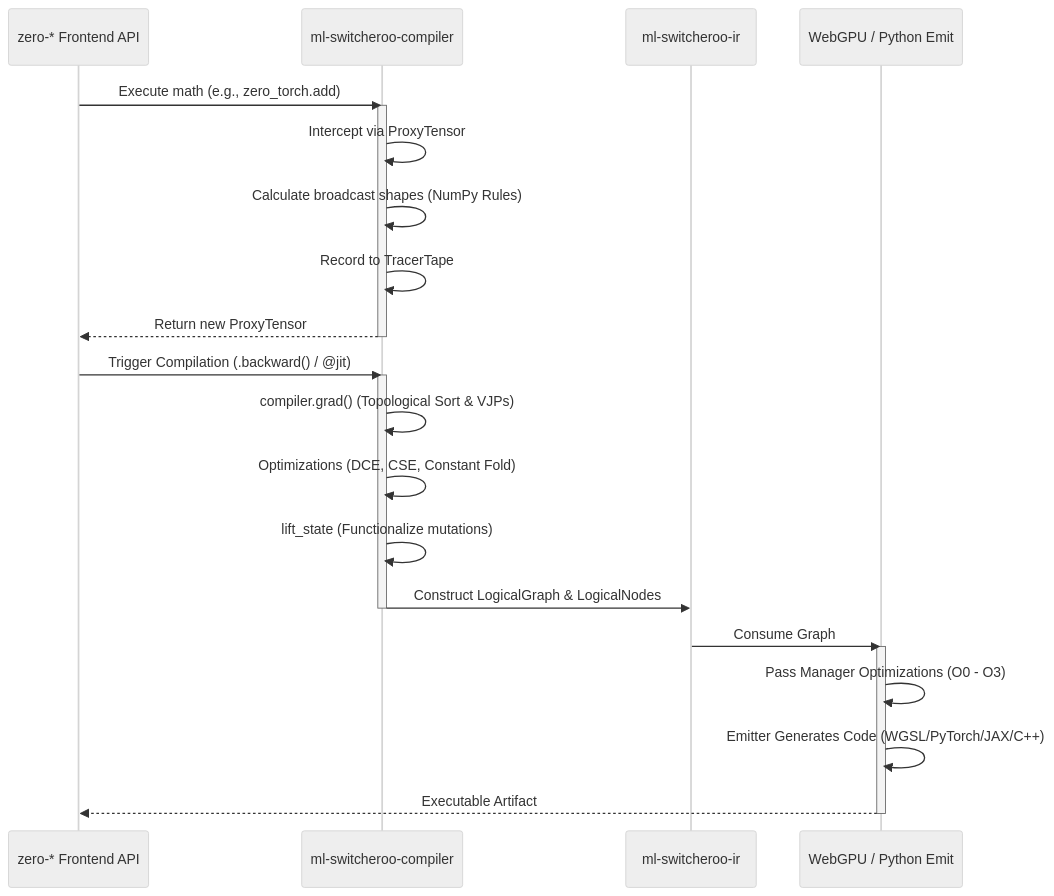
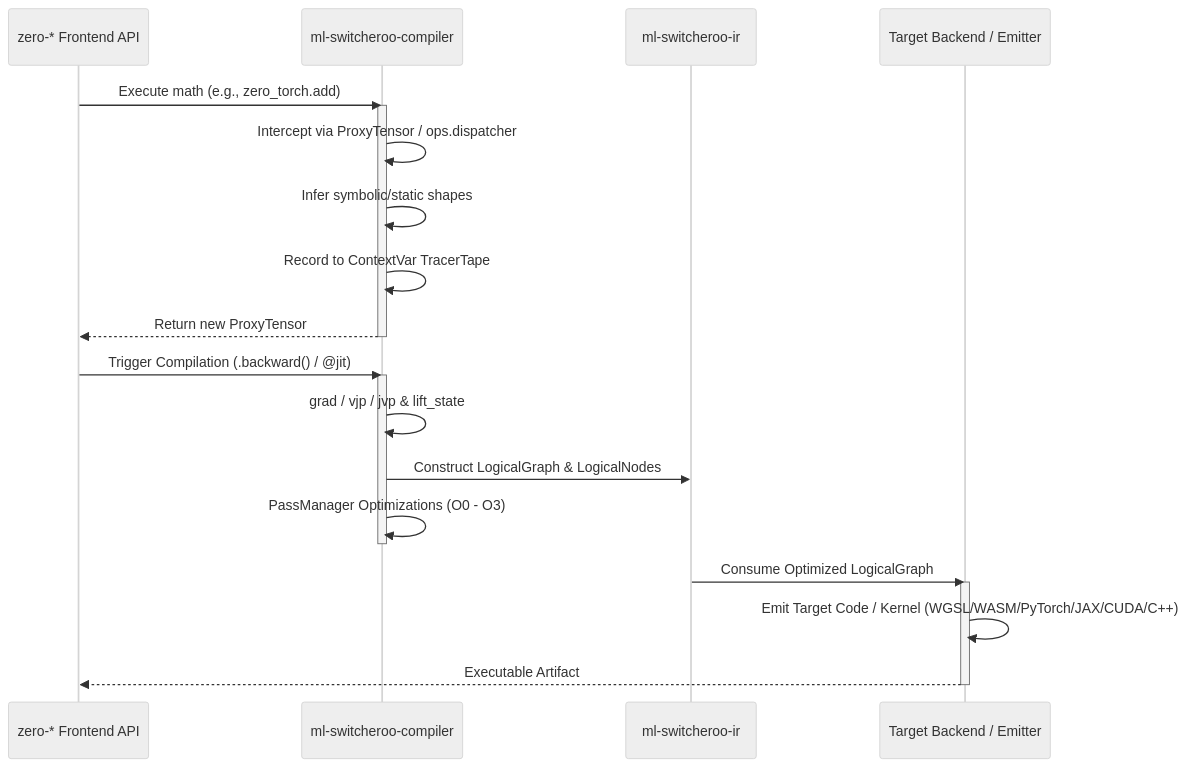
The fifth of 5 diagrams in ARCHITECTURE.md (SamuelMarks/ml-switcheroo-compiler), drawn with Mermaid (neutral theme) before and after one commit. The commit also changed other lines of this file and 31 other files, not shown here.

````diff
--- a/ARCHITECTURE.md
+++ b/ARCHITECTURE.md
@@ -331,30 +345,28 @@
 ```mermaid
 sequenceDiagram
     participant User as zero-* Frontend API
     participant Compiler as ml-switcheroo-compiler
     participant IR as ml-switcheroo-ir
-    participant Backend as WebGPU / Python Emit
+    participant Backend as Target Backend / Emitter
 
     User->>Compiler: Execute math (e.g., zero_torch.add)
     activate Compiler
-    Compiler->>Compiler: Intercept via ProxyTensor
-    Compiler->>Compiler: Calculate broadcast shapes (NumPy Rules)
-    Compiler->>Compiler: Record to TracerTape
+    Compiler->>Compiler: Intercept via ProxyTensor / ops.dispatcher
+    Compiler->>Compiler: Infer symbolic/static shapes
+    Compiler->>Compiler: Record to ContextVar TracerTape
     Compiler-->>User: Return new ProxyTensor
     deactivate Compiler
 
     User->>Compiler: Trigger Compilation (.backward() / @jit)
     activate Compiler
-    Compiler->>Compiler: compiler.grad() (Topological Sort & VJPs)
-    Compiler->>Compiler: Optimizations (DCE, CSE, Constant Fold)
-    Compiler->>Compiler: lift_state (Functionalize mutations)
+    Compiler->>Compiler: grad / vjp / jvp & lift_state
     Compiler->>IR: Construct LogicalGraph & LogicalNodes
+    Compiler->>Compiler: PassManager Optimizations (O0 - O3)
     deactivate Compiler
 
-    IR->>Backend: Consume Graph
+    IR->>Backend: Consume Optimized LogicalGraph
     activate Backend
-    Backend->>Backend: Pass Manager Optimizations (O0 - O3)
-    Backend->>Backend: Emitter Generates Code (WGSL/PyTorch/JAX/C++)
+    Backend->>Backend: Emit Target Code / Kernel (WGSL/WASM/PyTorch/JAX/CUDA/C++)
     Backend-->>User: Executable Artifact
     deactivate Backend
 ```
````
